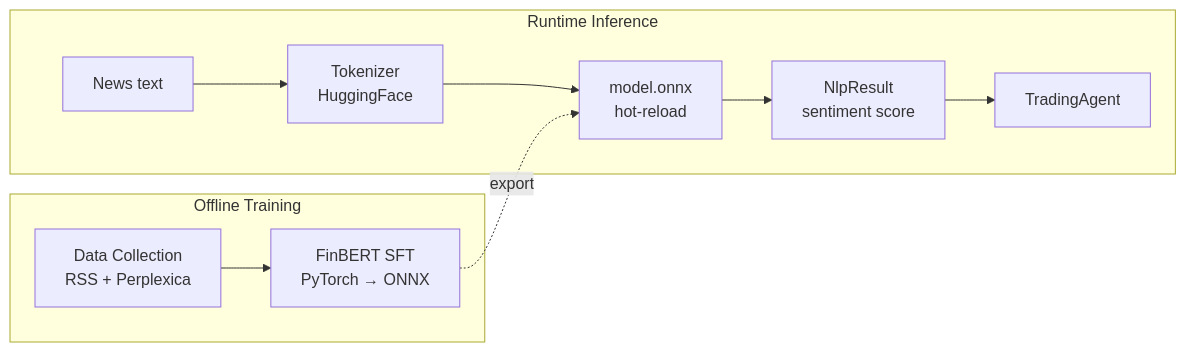
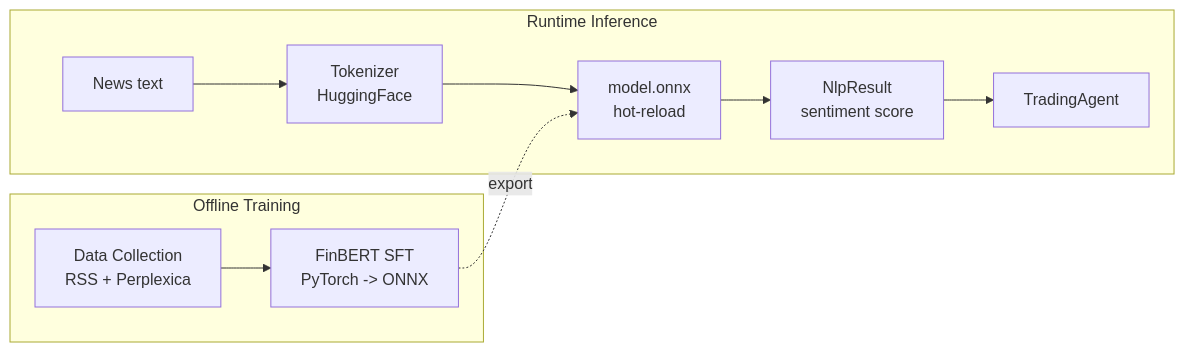
Before and after one commit to dark0ghost/Market-Bot: the second of 2 diagrams in AGENTS.md, drawn with Mermaid. The commit also changed other lines of this file and 6 other files, not shown here.

````diff
--- a/AGENTS.md
+++ b/AGENTS.md
@@ -128,18 +329,18 @@
 ```mermaid
 flowchart LR
     subgraph Offline["Offline Training"]
         DC[Data Collection<br/>RSS + Perplexica]
-        SFT[FinBERT SFT<br/>PyTorch → ONNX]
+        SFT[FinBERT SFT<br/>PyTorch -> ONNX]
         DC --> SFT
     end
 
     subgraph Runtime["Runtime Inference"]
         ONNX[model.onnx<br/>hot-reload]
         TOK[Tokenizer<br/>HuggingFace]
         TEXT[News text] --> TOK --> ONNX
         ONNX --> RES[NlpResult<br/>sentiment score]
         RES --> TA[TradingAgent]
     end
 
     SFT -.->|export| ONNX
 ```
````
